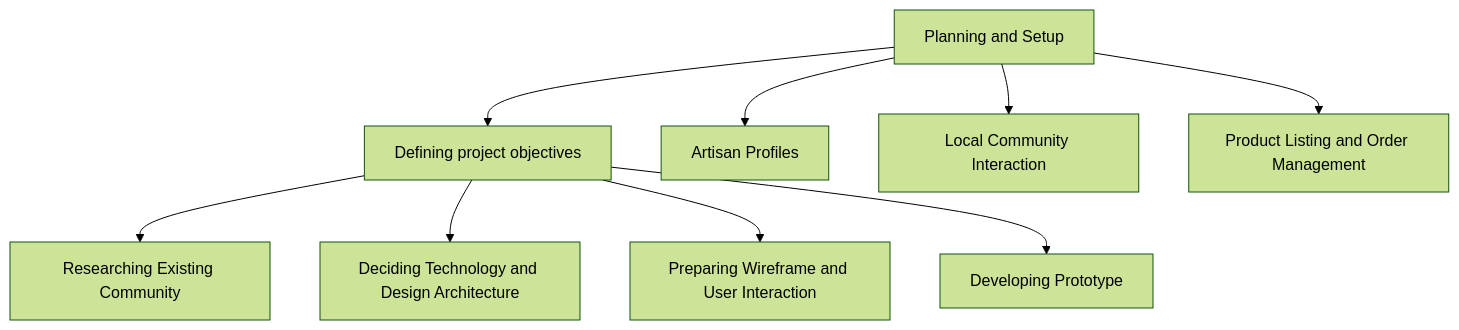
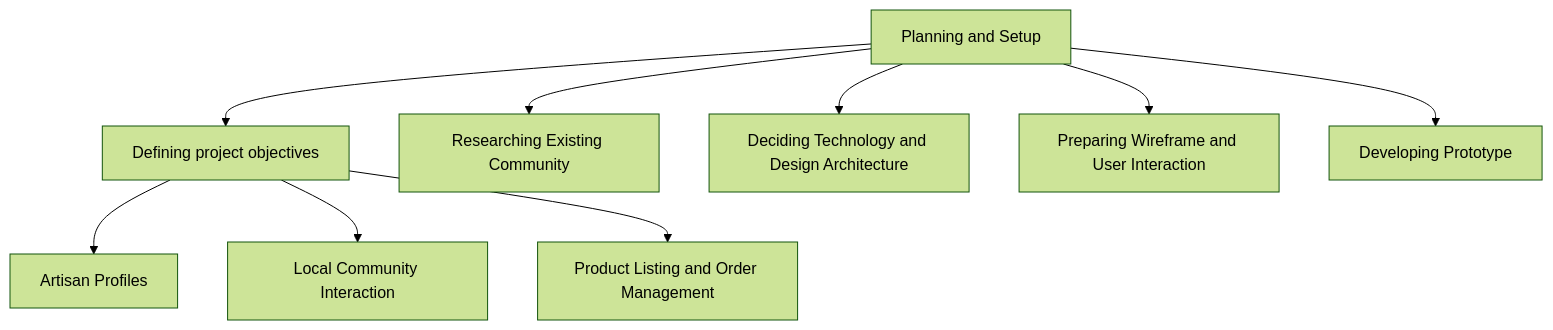
Before and after one commit to igmansvi/CN182---Hactivate: the diagram in README.md, drawn with Mermaid (forest theme).

Commit message:
Update README.md
updated flowchart

````diff
--- a/README.md
+++ b/README.md
@@ -21,12 +21,12 @@
 ```mermaid
 graph TD
     A[Planning and Setup] --> B[Defining project objectives]
-    A --> C[Artisan Profiles]
-    A --> D[Local Community Interaction]
-    A --> E[Product Listing and Order Management]
+    B --> C[Artisan Profiles]
+    B --> D[Local Community Interaction]
+    B --> E[Product Listing and Order Management]
 
-    B --> F[Researching Existing Community]
-    B --> G[Deciding Technology and Design Architecture]
-    B --> H[Preparing Wireframe and User Interaction]
-    B --> I[Developing Prototype]
+    A --> F[Researching Existing Community]
+    A --> G[Deciding Technology and Design Architecture]
+    A --> H[Preparing Wireframe and User Interaction]
+    A --> I[Developing Prototype]
 ```
````
